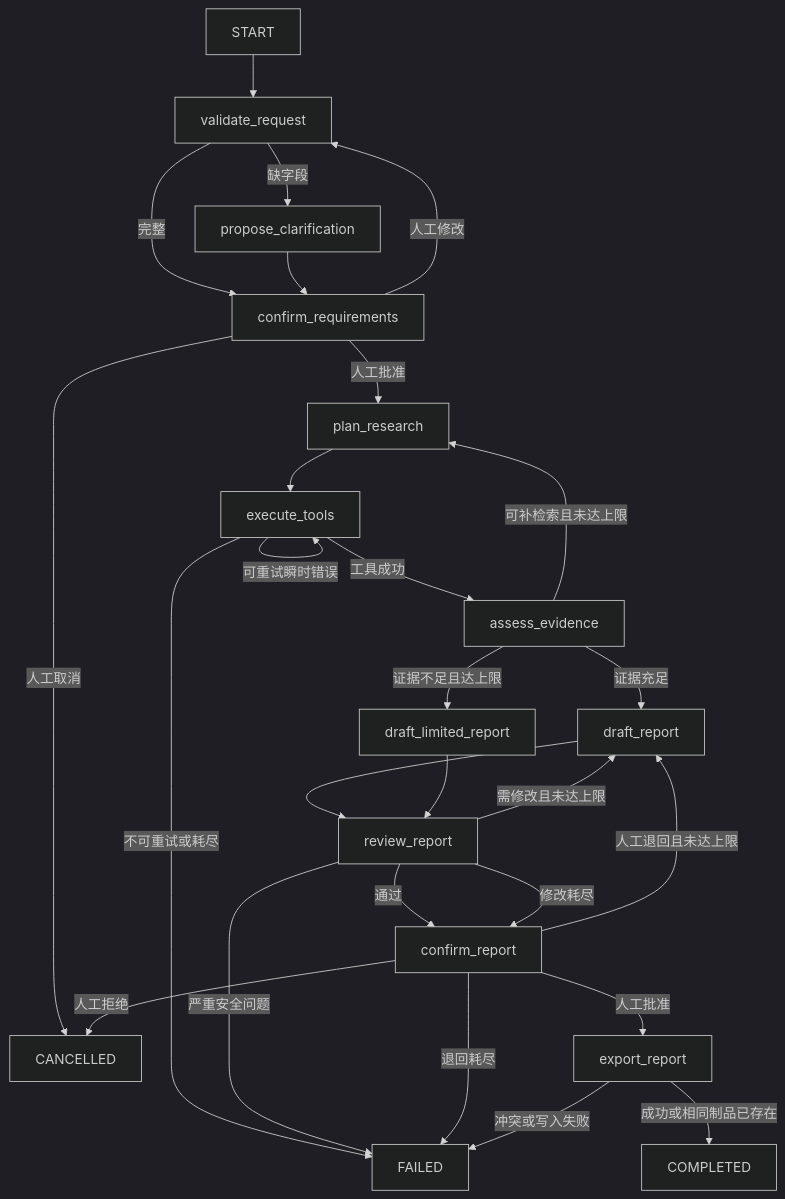
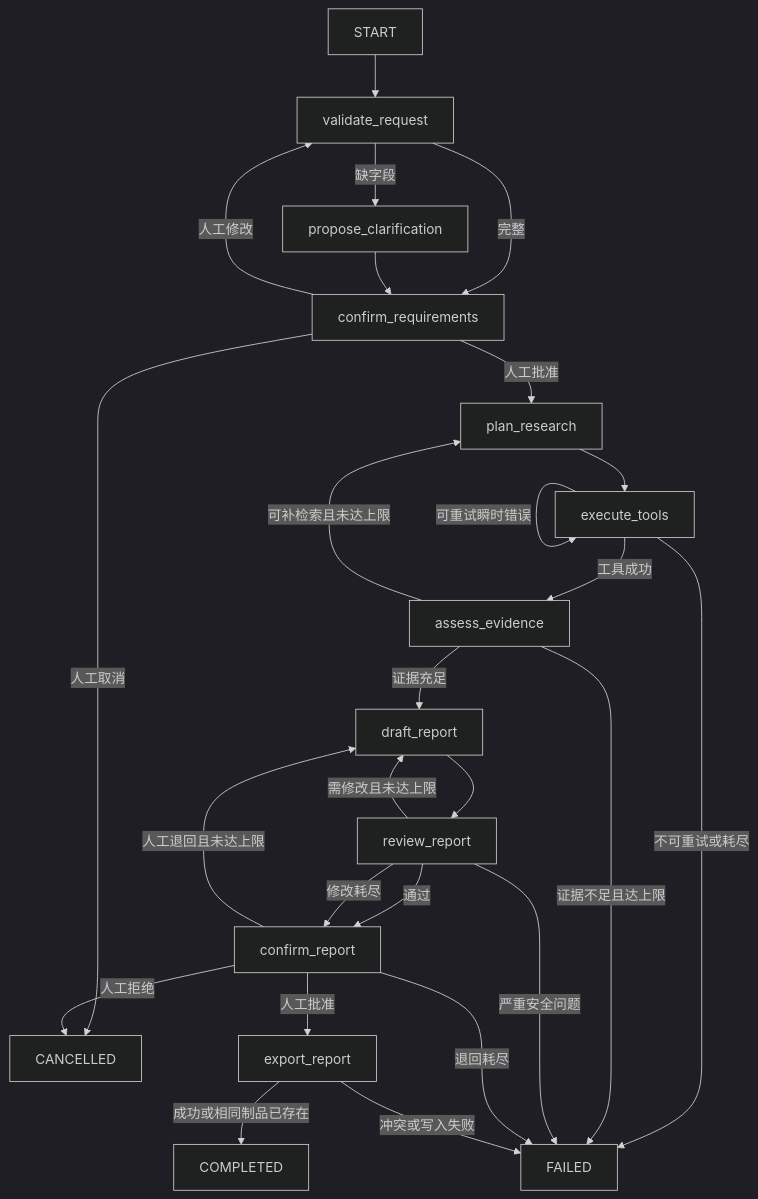
One commit to rorinhoon-bot/ai-application-portfolio changed the first of 4 diagrams in projects/02-agent-research-workflow/docs/ARCHITECTURE.md. Above: the diagram before and after it, drawn with Mermaid (dark theme). The commit also changed other lines of this file and 8 other files, not shown here.

````diff
--- a/projects/02-agent-research-workflow/docs/ARCHITECTURE.md
+++ b/projects/02-agent-research-workflow/docs/ARCHITECTURE.md
@@ -39,29 +39,28 @@
 ```mermaid
 flowchart TD
     A["START"] --> B["validate_request"]
     B -->|完整| C["confirm_requirements"]
     B -->|缺字段| D["propose_clarification"]
     D --> C
     C -->|人工批准| E["plan_research"]
     C -->|人工修改| B
     C -->|人工取消| X["CANCELLED"]
     E --> F["execute_tools"]
     F -->|工具成功| G["assess_evidence"]
     F -->|可重试瞬时错误| F
     F -->|不可重试或耗尽| Y["FAILED"]
     G -->|证据充足| H["draft_report"]
     G -->|可补检索且未达上限| E
-    G -->|证据不足且达上限| I["draft_limited_report"]
+    G -->|证据不足且达上限| Y
     H --> J["review_report"]
-    I --> J
     J -->|通过| K["confirm_report"]
     J -->|需修改且未达上限| H
     J -->|严重安全问题| Y
     J -->|修改耗尽| K
     K -->|人工批准| L["export_report"]
     K -->|人工退回且未达上限| H
     K -->|人工拒绝| X
     K -->|退回耗尽| Y
     L -->|成功或相同制品已存在| Z["COMPLETED"]
     L -->|冲突或写入失败| Y
 ```
````
